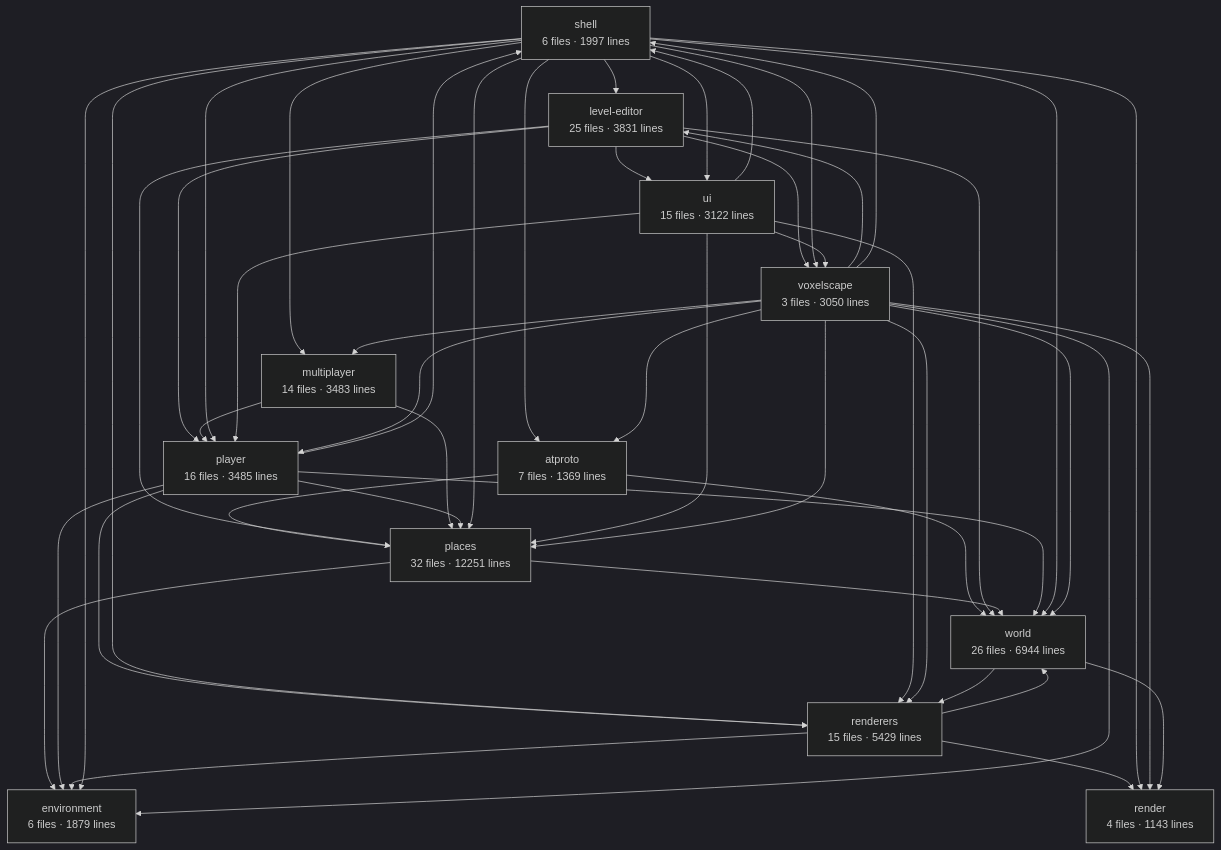
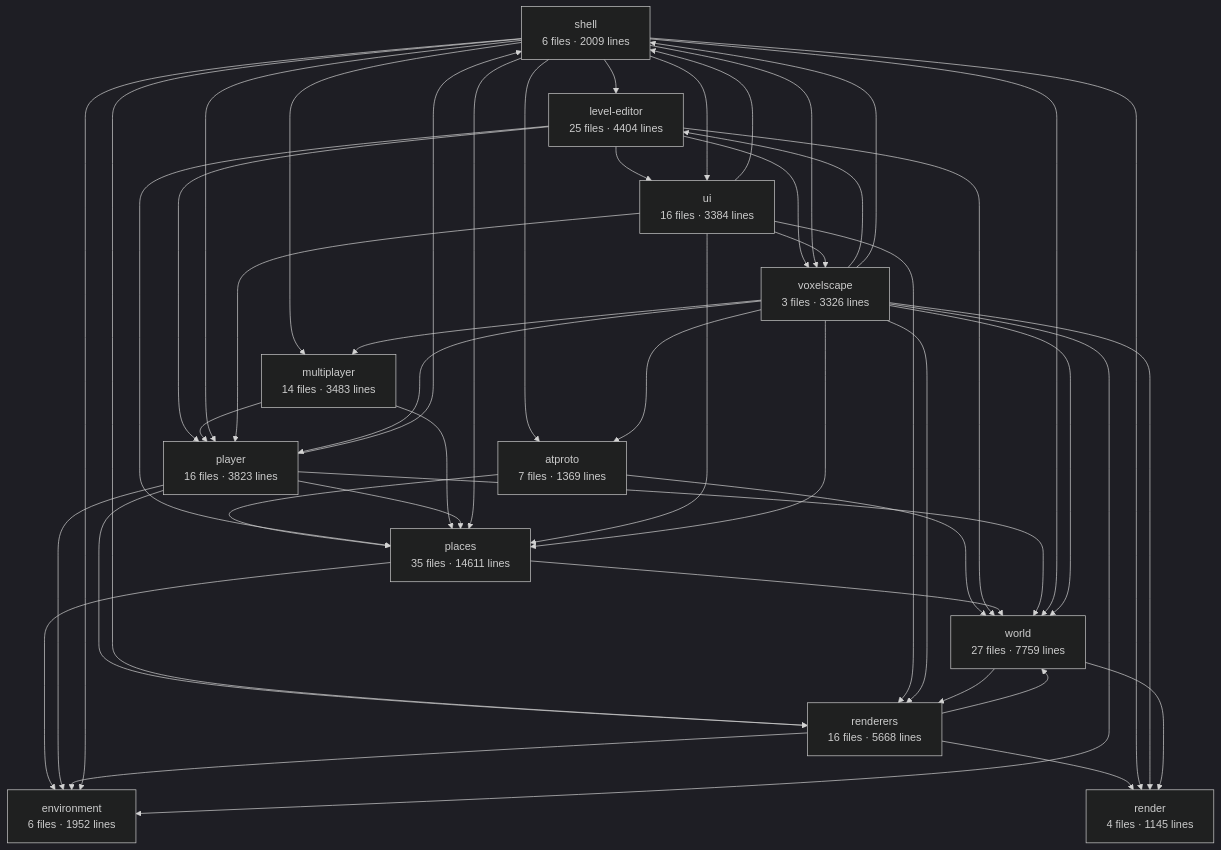
One commit to big-mesh-studios/big-mesh-studios changed the diagram in apps/voxelscape/docs/architecture.md. Above: the diagram before and after it, drawn with Mermaid (dark theme). The commit also changed other lines of this file and 49 other files, not shown here.

````diff
--- a/apps/voxelscape/docs/architecture.md
+++ b/apps/voxelscape/docs/architecture.md
@@ -6,62 +6,62 @@
 ```mermaid
 graph TD
-  shell["shell<br/>6 files · 1997 lines"]
-  voxelscape["voxelscape<br/>3 files · 3050 lines"]
-  world["world<br/>26 files · 6944 lines"]
-  renderers["renderers<br/>15 files · 5429 lines"]
-  render["render<br/>4 files · 1143 lines"]
-  player["player<br/>16 files · 3485 lines"]
+  shell["shell<br/>6 files · 2009 lines"]
+  voxelscape["voxelscape<br/>3 files · 3326 lines"]
+  world["world<br/>27 files · 7759 lines"]
+  renderers["renderers<br/>16 files · 5668 lines"]
+  render["render<br/>4 files · 1145 lines"]
+  player["player<br/>16 files · 3823 lines"]
   multiplayer["multiplayer<br/>14 files · 3483 lines"]
-  places["places<br/>32 files · 12251 lines"]
-  environment["environment<br/>6 files · 1879 lines"]
+  places["places<br/>35 files · 14611 lines"]
+  environment["environment<br/>6 files · 1952 lines"]
   atproto["atproto<br/>7 files · 1369 lines"]
-  ui["ui<br/>15 files · 3122 lines"]
-  level-editor["level-editor<br/>25 files · 3831 lines"]
+  ui["ui<br/>16 files · 3384 lines"]
+  level-editor["level-editor<br/>25 files · 4404 lines"]
   atproto --> places
   atproto --> world
   level-editor --> places
   level-editor --> player
   level-editor --> ui
   level-editor --> voxelscape
   level-editor --> world
   multiplayer --> places
   multiplayer --> player
   places --> environment
   places --> world
   player --> environment
   player --> places
   player --> renderers
   player --> shell
   player --> world
   renderers --> environment
   renderers --> render
   renderers --> world
   shell --> atproto
   shell --> environment
   shell --> level-editor
   shell --> multiplayer
   shell --> places
   shell --> player
   shell --> render
   shell --> renderers
   shell --> ui
   shell --> voxelscape
   shell --> world
   ui --> places
   ui --> player
   ui --> renderers
   ui --> shell
   ui --> voxelscape
   voxelscape --> atproto
   voxelscape --> environment
   voxelscape --> level-editor
   voxelscape --> multiplayer
   voxelscape --> places
   voxelscape --> player
   voxelscape --> render
   voxelscape --> renderers
   voxelscape --> shell
   voxelscape --> world
   world --> render
   world --> renderers
 ```
````
